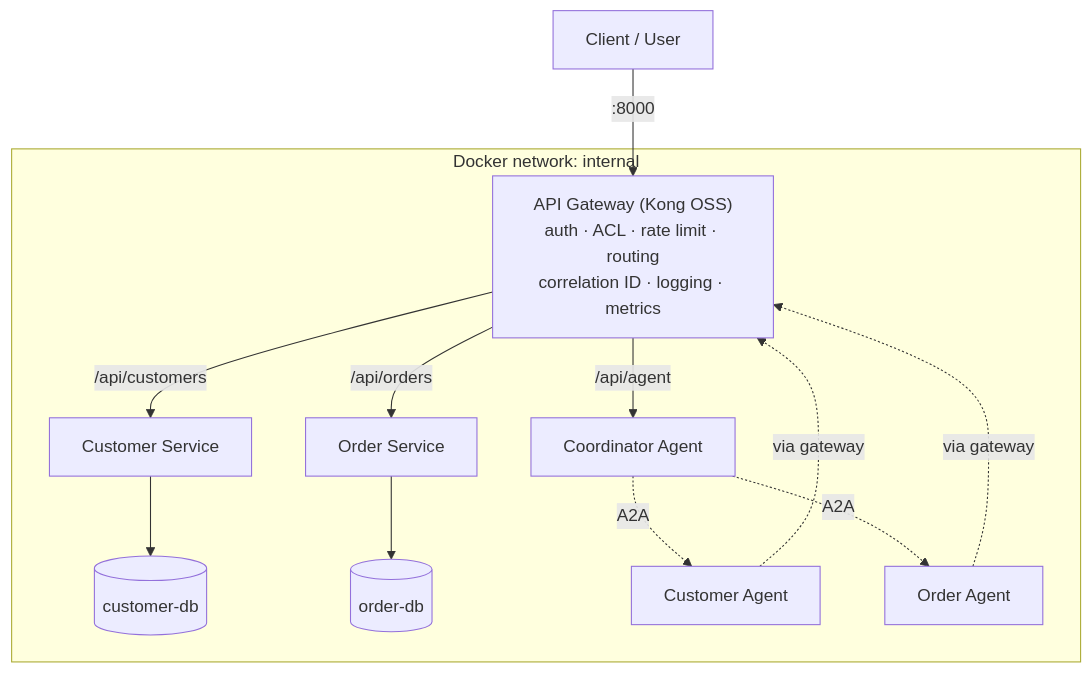
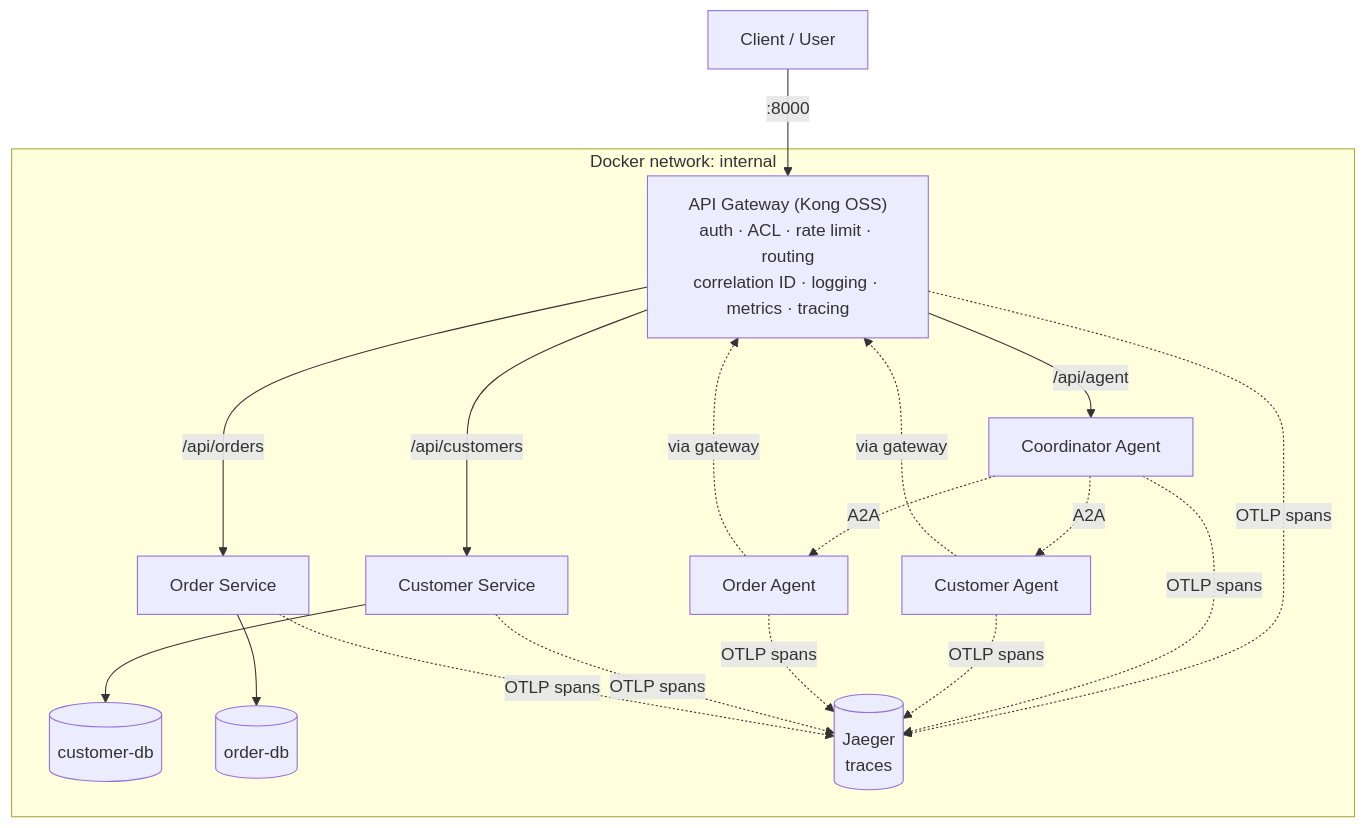
One commit to Sycorax39/Partilon-Assessment changed the diagram in README.md. Above: the diagram before and after it, drawn with Mermaid. The commit also changed other lines of this file and 27 other files, not shown here.

````diff
--- a/README.md
+++ b/README.md
@@ -11,17 +11,19 @@
 ```mermaid
 flowchart TD
     client[Client / User] -->|":8000"| gw
 
     subgraph platform[Docker network: internal]
-        gw["API Gateway (Kong OSS)<br/>auth · ACL · rate limit · routing<br/>correlation ID · logging · metrics"]
+        gw["API Gateway (Kong OSS)<br/>auth · ACL · rate limit · routing<br/>correlation ID · logging · metrics · tracing"]
         gw -->|/api/customers| cs[Customer Service]
         gw -->|/api/orders| os[Order Service]
         gw -->|/api/agent| co[Coordinator Agent]
         cs --> cdb[(customer-db)]
         os --> odb[(order-db)]
         co -.A2A.-> ca[Customer Agent]
         co -.A2A.-> oa[Order Agent]
         ca -.via gateway.-> gw
         oa -.via gateway.-> gw
+        jg[(Jaeger<br/>traces)]
     end
+    gw & co & ca & oa & cs & os -. OTLP spans .-> jg
 ```
````
